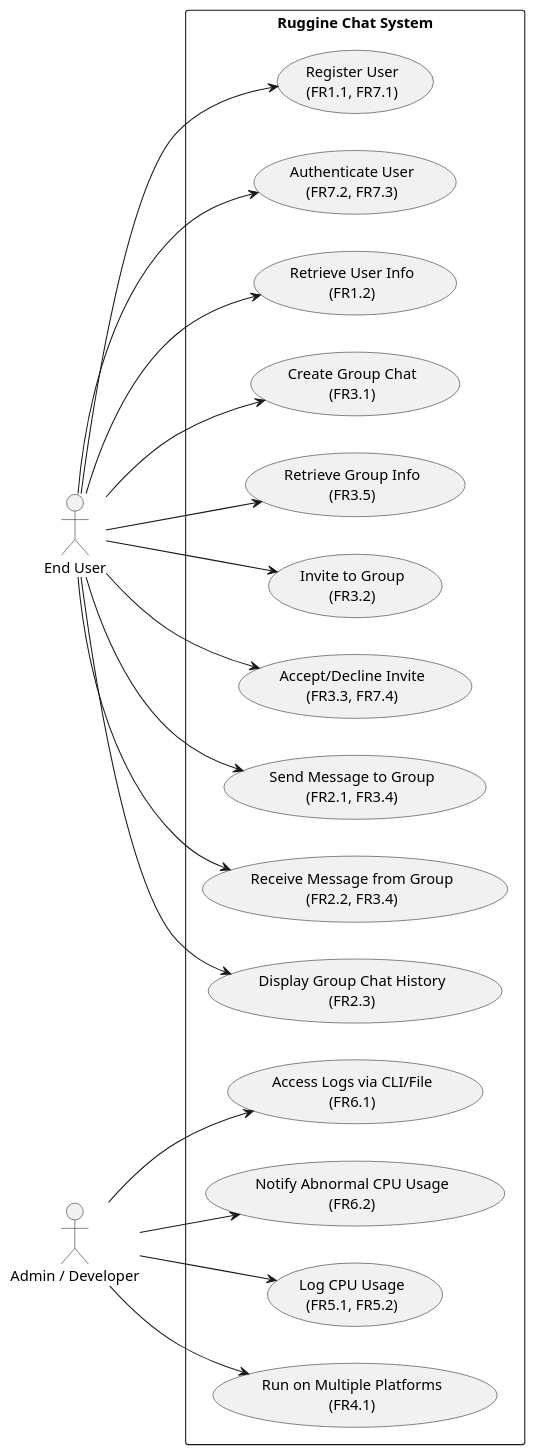
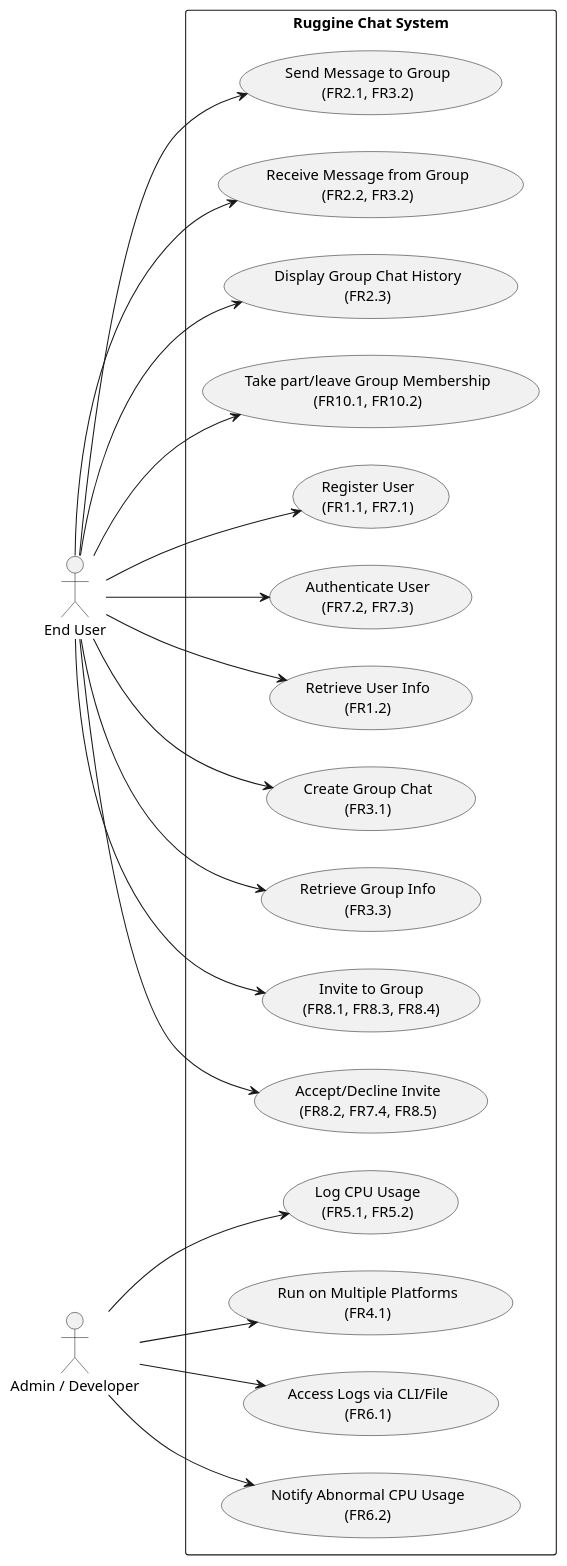
One commit to Enric0-Balb0/ruggine-chat changed the second of 5 diagrams in doc/requirements.md. Above: the diagram before and after it, drawn with PlantUML. The commit also changed other lines of this file and 29 other files, not shown here.

````diff
--- a/doc/requirements.md
+++ b/doc/requirements.md
@@ -150,49 +160,52 @@
 ```plantuml
 @startuml
 left to right direction
 
 actor "End User" as User
 actor "Admin / Developer" as AdminDev
 
 rectangle "Ruggine Chat System" {
   
   usecase "Register User\n(FR1.1, FR7.1)" as UC_Register
   usecase "Authenticate User\n(FR7.2, FR7.3)" as UC_Auth
   usecase "Retrieve User Info\n(FR1.2)" as UC_RetrieveUser
   
   usecase "Create Group Chat\n(FR3.1)" as UC_CreateGroup
-  usecase "Retrieve Group Info\n(FR3.5)" as UC_RetrieveGroup
-  usecase "Invite to Group\n(FR3.2)" as UC_InviteGroup
-  usecase "Accept/Decline Invite\n(FR3.3, FR7.4)" as UC_InviteResponse
+  usecase "Retrieve Group Info\n(FR3.3)" as UC_RetrieveGroup
+  usecase "Invite to Group\n(FR8.1, FR8.3, FR8.4)" as UC_InviteGroup
+  usecase "Accept/Decline Invite\n(FR8.2, FR7.4, FR8.5)" as UC_InviteResponse
   
-  usecase "Send Message to Group\n(FR2.1, FR3.4)" as UC_SendMsg
-  usecase "Receive Message from Group\n(FR2.2, FR3.4)" as UC_ReceiveMsg
+  usecase "Send Message to Group\n(FR2.1, FR3.2)" as UC_SendMsg
+  usecase "Receive Message from Group\n(FR2.2, FR3.2)" as UC_ReceiveMsg
   usecase "Display Group Chat History\n(FR2.3)" as UC_DisplayHistory
   
   usecase "Access Logs via CLI/File\n(FR6.1)" as UC_AccessLogs
   usecase "Notify Abnormal CPU Usage\n(FR6.2)" as UC_NotifyCPU
   
   usecase "Log CPU Usage\n(FR5.1, FR5.2)" as UC_LogCPU
   usecase "Run on Multiple Platforms\n(FR4.1)" as UC_CrossPlatform
+
+  usecase "Take part/leave Group Membership\n(FR10.1, FR10.2)" as UC_ManageGroup
 }
 
 User --> UC_Register
 User --> UC_Auth
 User --> UC_RetrieveUser
 User --> UC_CreateGroup
 User --> UC_InviteGroup
 User --> UC_InviteResponse
 User --> UC_SendMsg
 User --> UC_ReceiveMsg
 User --> UC_DisplayHistory
 User --> UC_RetrieveGroup
+User --> UC_ManageGroup
 
 AdminDev --> UC_AccessLogs
 AdminDev --> UC_NotifyCPU
 AdminDev --> UC_LogCPU
 AdminDev --> UC_CrossPlatform
 
 @enduml
 
 
 ```
````
